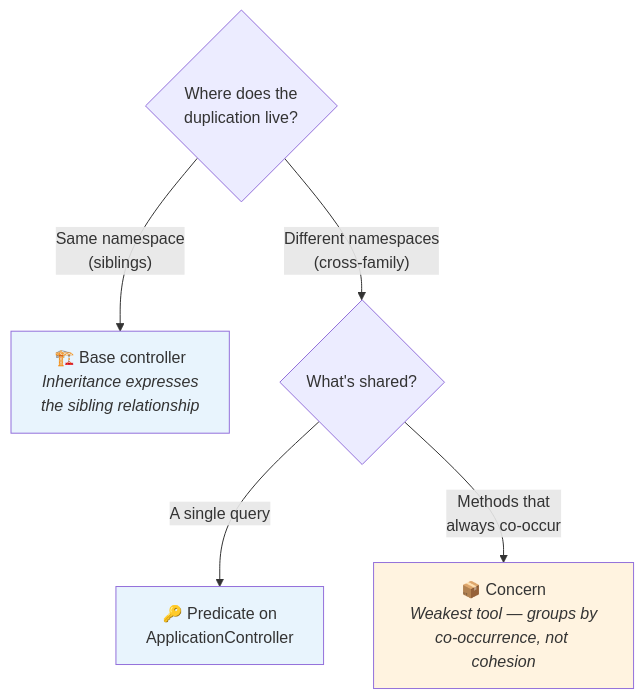
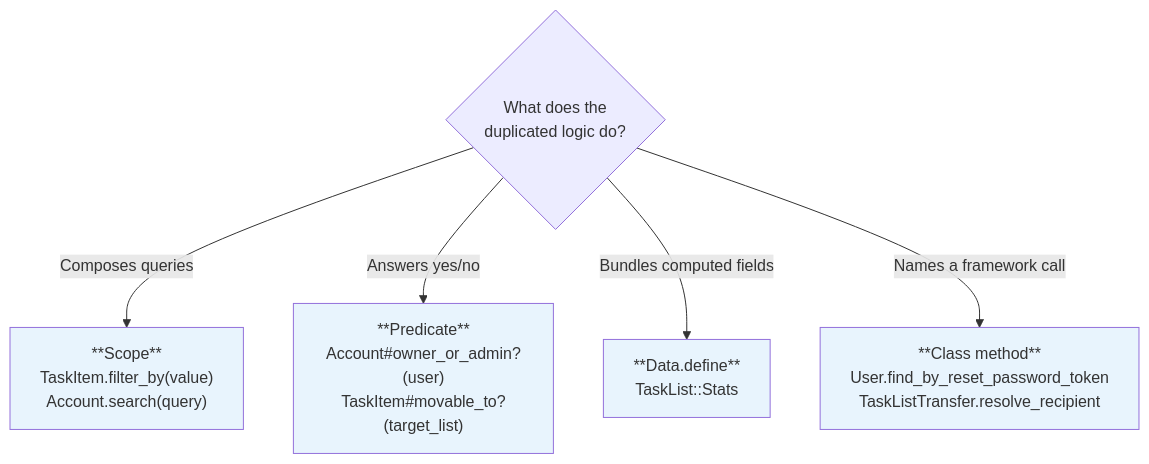
Before and after one commit to railswhey/app: the first of 2 diagrams in README.md, drawn with Mermaid. The commit also changed other lines of this file and 36 other files, not shown here.

Commit message:
5A: Reducing controller business logic with fat models

````diff
--- a/README.md
+++ b/README.md
@@ -49,12 +52,13 @@
 ```mermaid
 flowchart TD
-  Q{"Where does the<br/>duplication live?"}
-  Q -->|"Same namespace<br/>(siblings)"| A["🏗️ Base controller<br/><i>Inheritance expresses<br/>the sibling relationship</i>"]
-  Q -->|"Different namespaces<br/>(cross-family)"| Q2{"What's shared?"}
-  Q2 -->|"A single query"| B["🔑 Predicate on<br/>ApplicationController"]
-  Q2 -->|"Methods that<br/>always co-occur"| C["📦 Concern<br/><i>Weakest tool — groups by<br/>co-occurrence, not cohesion</i>"]
+  Q{"What does the<br/>duplicated logic do?"}
+  Q -->|"Composes queries"| S["**Scope**<br/>TaskItem.filter_by(value)<br/>Account.search(query)"]
+  Q -->|"Answers yes/no"| P["**Predicate**<br/>Account#owner_or_admin?(user)<br/>TaskItem#movable_to?(target_list)"]
+  Q -->|"Bundles computed fields"| V["**Data.define**<br/>TaskList::Stats"]
+  Q -->|"Names a framework call"| C["**Class method**<br/>User.find_by_reset_password_token<br/>TaskListTransfer.resolve_recipient"]
 
-  style A fill:#e8f4fd
-  style B fill:#e8f4fd
-  style C fill:#fff3e0
+  style S fill:#e8f4fd
+  style P fill:#e8f4fd
+  style V fill:#e8f4fd
+  style C fill:#e8f4fd
 ```
````
